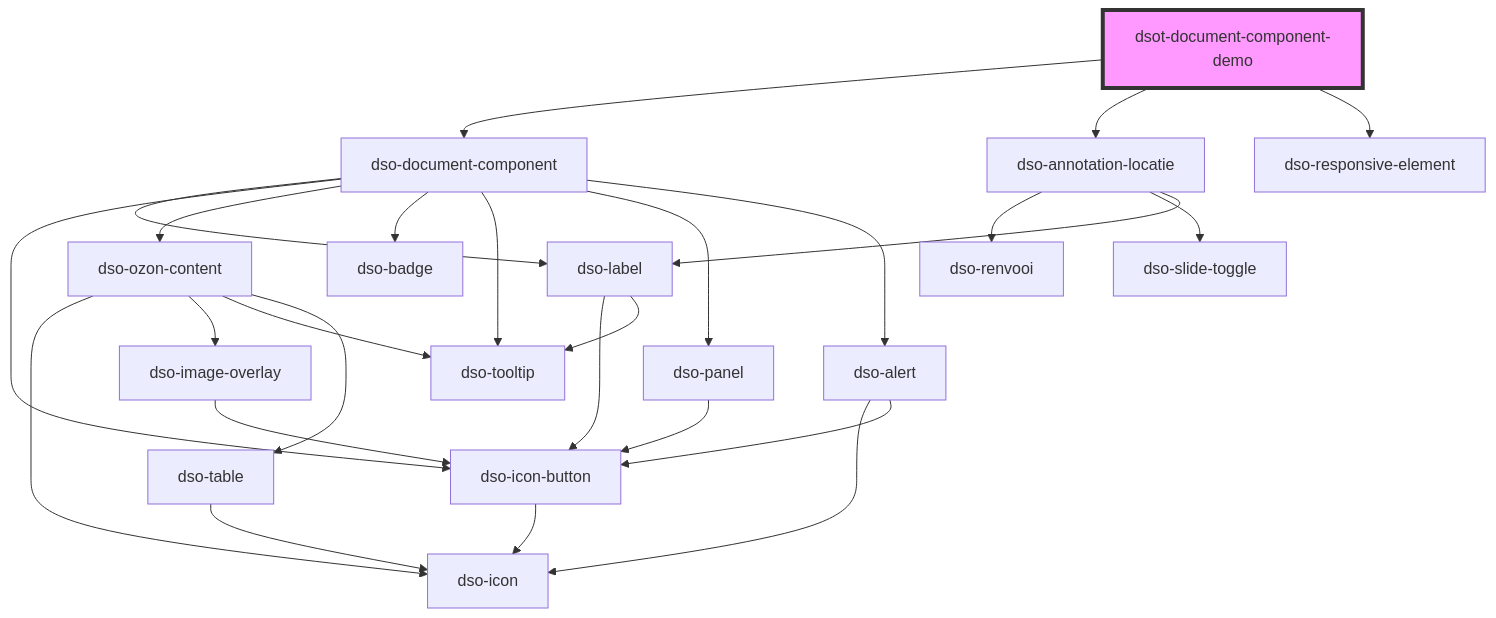
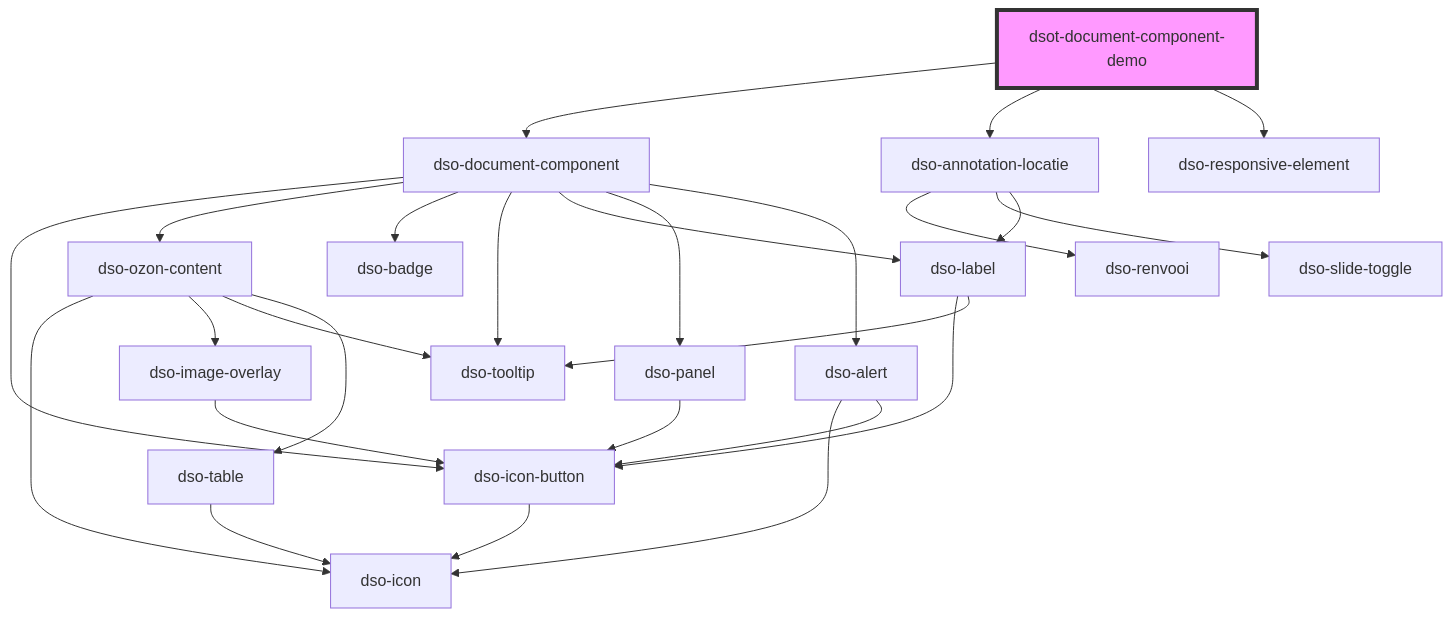
The diagram in packages/core/src/components/document-component-demo/readme.md (dso-toolkit/dso-toolkit), drawn with Mermaid before and after one commit. The commit also changed other lines of this file and 6 other files, not shown here.

````diff
--- a/packages/core/src/components/document-component-demo/readme.md
+++ b/packages/core/src/components/document-component-demo/readme.md
@@ -36,29 +36,29 @@
 ```mermaid
 graph TD;
   dsot-document-component-demo --> dso-document-component
   dsot-document-component-demo --> dso-annotation-locatie
   dsot-document-component-demo --> dso-responsive-element
-  dso-document-component --> dso-label
   dso-document-component --> dso-icon-button
   dso-document-component --> dso-ozon-content
   dso-document-component --> dso-badge
   dso-document-component --> dso-tooltip
+  dso-document-component --> dso-label
   dso-document-component --> dso-panel
   dso-document-component --> dso-alert
-  dso-label --> dso-icon-button
-  dso-label --> dso-tooltip
   dso-icon-button --> dso-icon
   dso-ozon-content --> dso-icon
   dso-ozon-content --> dso-image-overlay
   dso-ozon-content --> dso-tooltip
   dso-ozon-content --> dso-table
   dso-image-overlay --> dso-icon-button
   dso-table --> dso-icon
+  dso-label --> dso-icon-button
+  dso-label --> dso-tooltip
   dso-panel --> dso-icon-button
   dso-alert --> dso-icon
   dso-alert --> dso-icon-button
   dso-annotation-locatie --> dso-renvooi
   dso-annotation-locatie --> dso-slide-toggle
   dso-annotation-locatie --> dso-label
   style dsot-document-component-demo fill:#f9f,stroke:#333,stroke-width:4px
 ```
````
